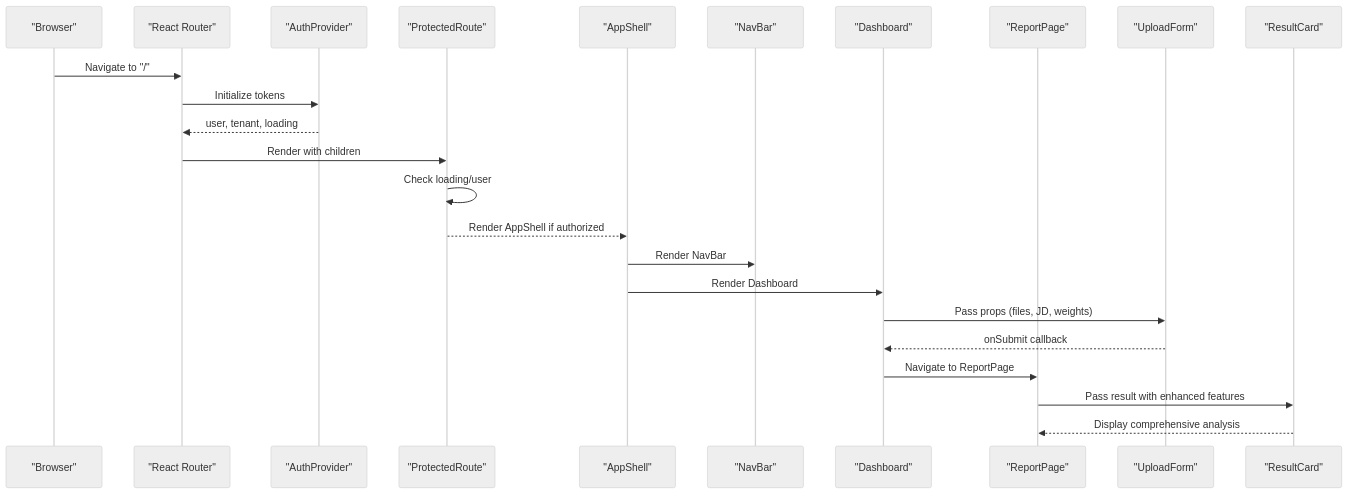
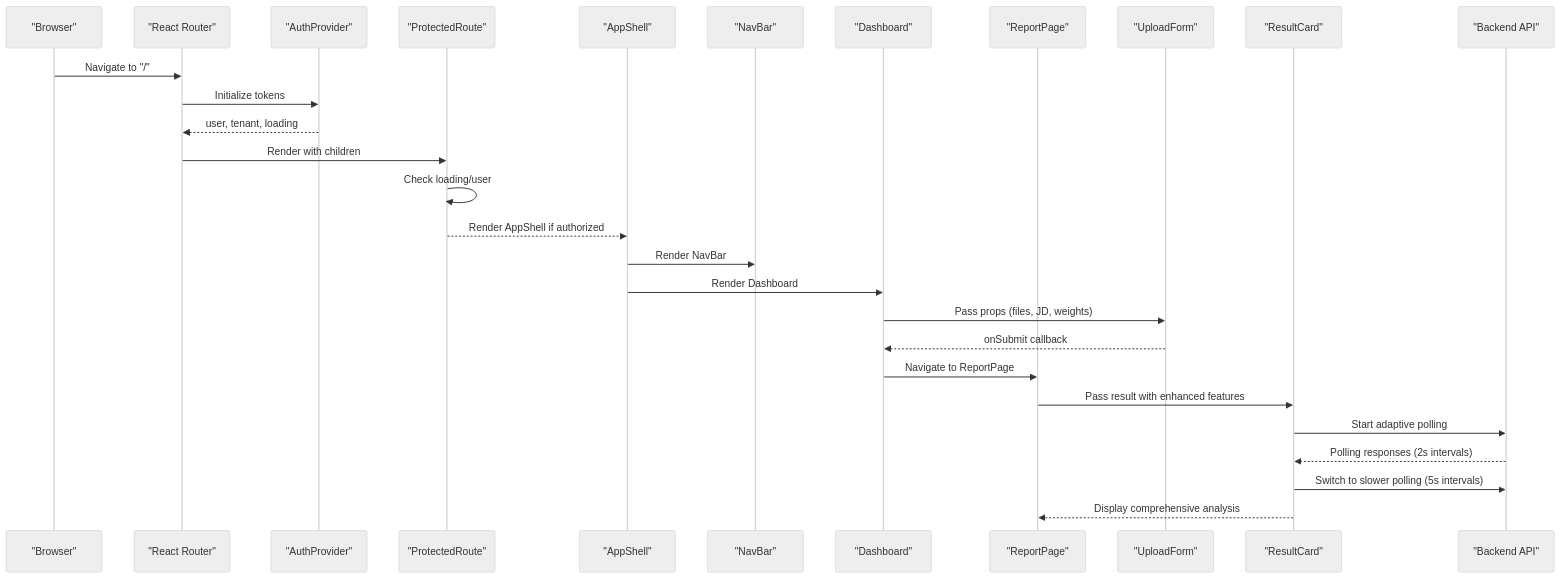
One commit to Revanththetalogics/aireume changed the second of 5 diagrams in .qoder/repowiki/en/content/Frontend Architecture/Component Library.md. Above: the diagram before and after it, drawn with Mermaid (neutral theme). The commit also changed other lines of this file and 15 other files, not shown here.

````diff
--- a/.qoder/repowiki/en/content/Frontend Architecture/Component Library.md
+++ b/.qoder/repowiki/en/content/Frontend Architecture/Component Library.md
@@ -126,26 +128,30 @@
 ```mermaid
 sequenceDiagram
 participant Browser as "Browser"
 participant Router as "React Router"
 participant Auth as "AuthProvider"
 participant Guard as "ProtectedRoute"
 participant Shell as "AppShell"
 participant Nav as "NavBar"
 participant Page as "Dashboard"
 participant Report as "ReportPage"
 participant Form as "UploadForm"
 participant Result as "ResultCard"
+participant Backend as "Backend API"
 Browser->>Router : Navigate to "/"
 Router->>Auth : Initialize tokens
 Auth-->>Router : user, tenant, loading
 Router->>Guard : Render with children
 Guard->>Guard : Check loading/user
 Guard-->>Shell : Render AppShell if authorized
 Shell->>Nav : Render NavBar
 Shell->>Page : Render Dashboard
 Page->>Form : Pass props (files, JD, weights)
 Form-->>Page : onSubmit callback
 Page->>Report : Navigate to ReportPage
 Report->>Result : Pass result with enhanced features
+Result->>Backend : Start adaptive polling
+Backend-->>Result : Polling responses (2s intervals)
+Result->>Backend : Switch to slower polling (5s intervals)
 Result-->>Report : Display comprehensive analysis
 ```
````
